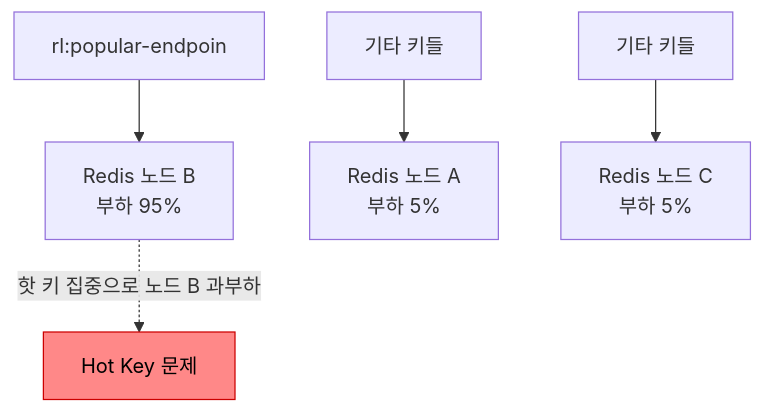
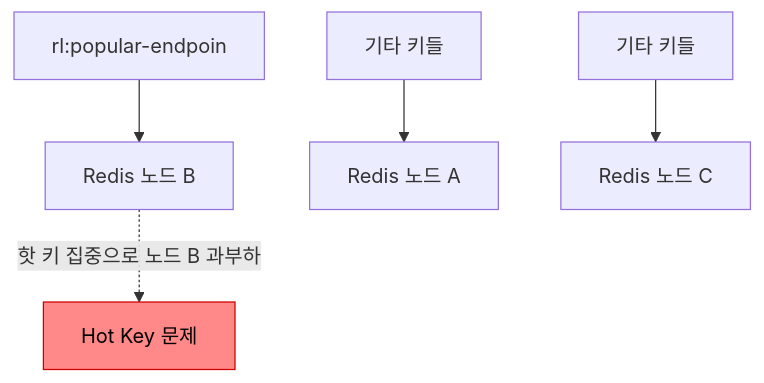
One commit to yjkim2015/yjkim2015.github.io changed diagram 11 of 13 in _posts/spring/2026-05-01-rate-limiting.md. Above: the diagram before and after it, drawn with Mermaid. The commit also changed other lines of this file and 217 other files, not shown here.

First line of the commit message:
Mermaid 크기 수정: useMaxWidth:true + SVG max-width:100% + 라벨 축소

````diff
--- a/_posts/spring/2026-05-01-rate-limiting.md
+++ b/_posts/spring/2026-05-01-rate-limiting.md
@@ -912,8 +912,8 @@
 ```mermaid
 graph TD
-    K["rl:popular-endpoin"] --> NB["Redis 노드 B\n부하 95%"]
-    X1["기타 키들"] --> NA["Redis 노드 A\n부하 5%"]
-    X2["기타 키들"] --> NC["Redis 노드 C\n부하 5%"]
+    K["rl:popular-endpoin"] --> NB["Redis 노드 B"]
+    X1["기타 키들"] --> NA["Redis 노드 A"]
+    X2["기타 키들"] --> NC["Redis 노드 C"]
     NB -.->|"핫 키 집중으로 노드 B 과부하"| WARN["Hot Key 문제"]
     style WARN fill:#f88,stroke:#c00,color:#000
 ```
````
